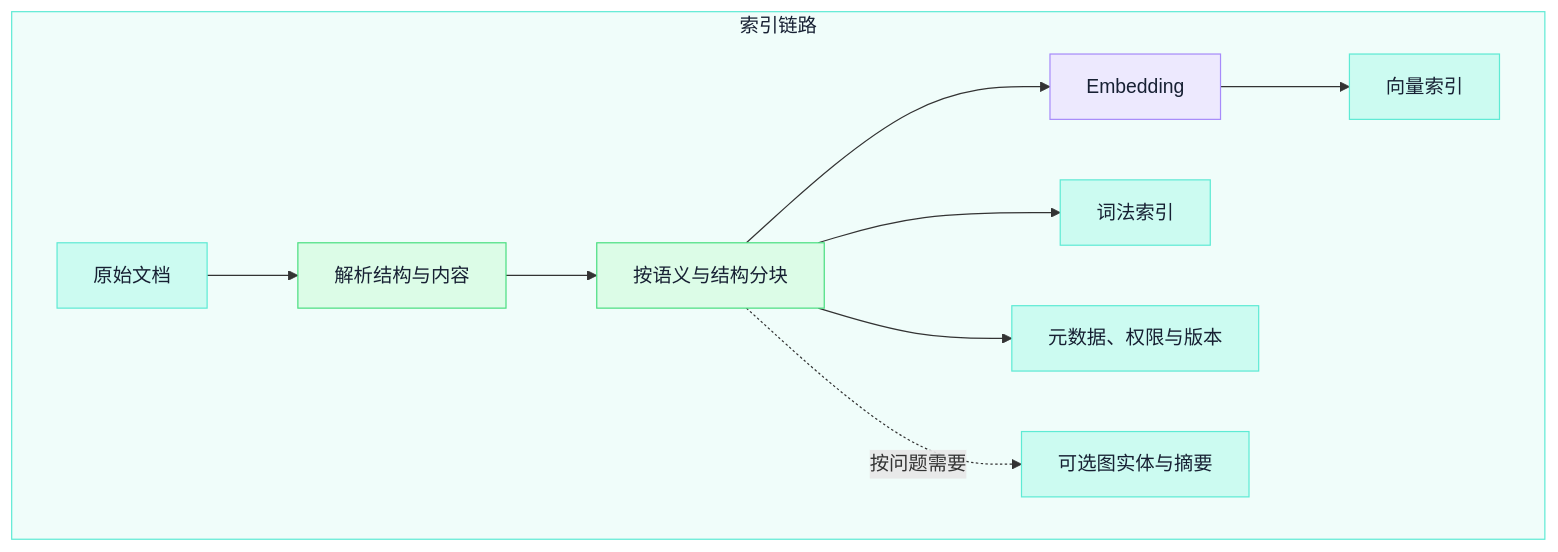
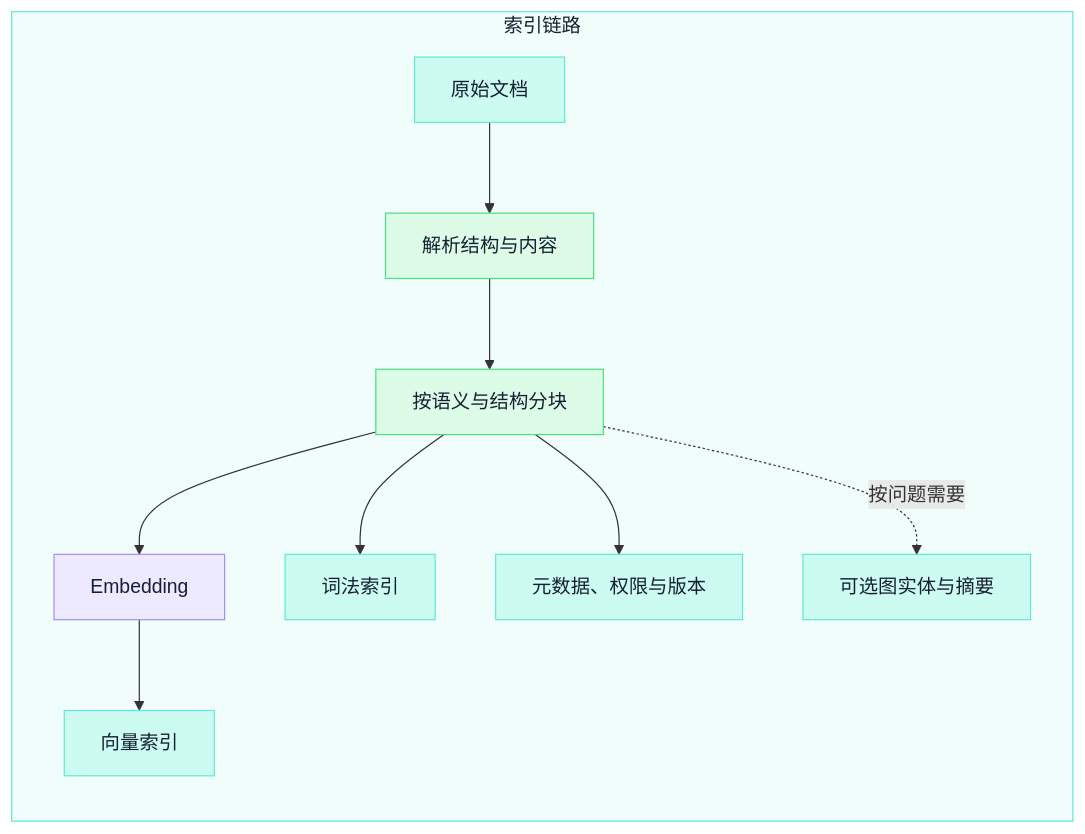
The second of 4 diagrams in backend/app/ai_notes/content/04-ai-engineering/01-rag-retrieval-engineering.md (ink-hz/AI-Agent-Platform), drawn with Mermaid before and after one commit. The commit also changed other lines of this file and 3 other files, not shown here.

Commit message:
content: refine Mermaid diagrams for continuous reading

````diff
--- a/backend/app/ai_notes/content/04-ai-engineering/01-rag-retrieval-engineering.md
+++ b/backend/app/ai_notes/content/04-ai-engineering/01-rag-retrieval-engineering.md
@@ -90,21 +93,24 @@
 ```mermaid
-flowchart TB
+flowchart LR
+    accTitle: RAG 索引链路
+    accDescr: 原始文档经过解析和语义分块，生成向量、词法、元数据权限以及可选图实体索引。
+
     subgraph INDEX["索引链路"]
         D[原始文档] --> P[解析结构与内容]
         P --> C[按语义与结构分块]
         C --> E[Embedding]
         E --> V[向量索引]
         C --> L[词法索引]
         C --> M[元数据、权限与版本]
         C -.按问题需要.-> G[可选图实体与摘要]
     end
 
     classDef model fill:#EDE9FE,stroke:#A78BFA,color:#172033;
     classDef data fill:#CCFBF1,stroke:#5EEAD4,color:#172033;
     classDef tool fill:#DCFCE7,stroke:#4ADE80,color:#172033;
     classDef infra fill:#F3F4F6,stroke:#9CA3AF,color:#172033;
     class D,M,V,L,G data;
     class P,C tool;
     class E model;
     style INDEX fill:#F0FDFA,stroke:#5EEAD4,color:#172033;
 ```
````
